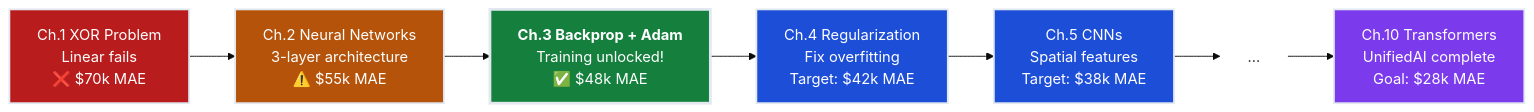
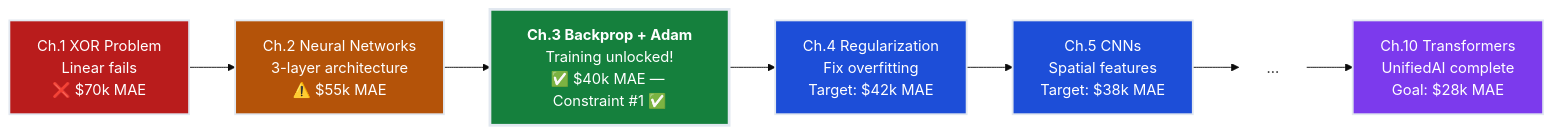
One commit to deepakshamsft/ai-portfolio changed the sixth of 6 diagrams in notes/01-ml/03_neural_networks/ch03_backprop_optimisers/README.md. Above: the diagram before and after it, drawn with Mermaid (base theme). The commit also changed other lines of this file and 727 other files, not shown here.

````diff
--- a/notes/01-ml/03_neural_networks/ch03_backprop_optimisers/README.md
+++ b/notes/01-ml/03_neural_networks/ch03_backprop_optimisers/README.md
@@ -884,16 +944,16 @@
 ```mermaid
 flowchart LR
     CH1["Ch.1 XOR Problem<br/>Linear fails<br/>❌ $70k MAE"] --> CH2["Ch.2 Neural Networks<br/>3-layer architecture<br/>⚠️ $55k MAE"]
-    CH2 --> CH3["<b>Ch.3 Backprop + Adam</b><br/>Training unlocked!<br/>✅ $48k MAE"]
+    CH2 --> CH3["<b>Ch.3 Backprop + Adam</b><br/>Training unlocked!<br/>✅ $40k MAE — Constraint #1 ✅"]
     CH3 --> CH4["Ch.4 Regularization<br/>Fix overfitting<br/>Target: $42k MAE"]
     CH4 --> CH5["Ch.5 CNNs<br/>Spatial features<br/>Target: $38k MAE"]
     CH5 --> DOTS1["..."] --> CH10["Ch.10 Transformers<br/>UnifiedAI complete<br/>Goal: $28k MAE"]
     
     style CH1 fill:#b91c1c,stroke:#e2e8f0,stroke-width:2px,color:#ffffff
     style CH2 fill:#b45309,stroke:#e2e8f0,stroke-width:2px,color:#ffffff
     style CH3 fill:#15803d,stroke:#e2e8f0,stroke-width:3px,color:#ffffff
     style CH4 fill:#1d4ed8,stroke:#e2e8f0,stroke-width:2px,color:#ffffff
     style CH5 fill:#1d4ed8,stroke:#e2e8f0,stroke-width:2px,color:#ffffff
     style CH10 fill:#7c3aed,stroke:#e2e8f0,stroke-width:2px,color:#ffffff
     style DOTS1 fill:none,stroke:none
 ```
````
